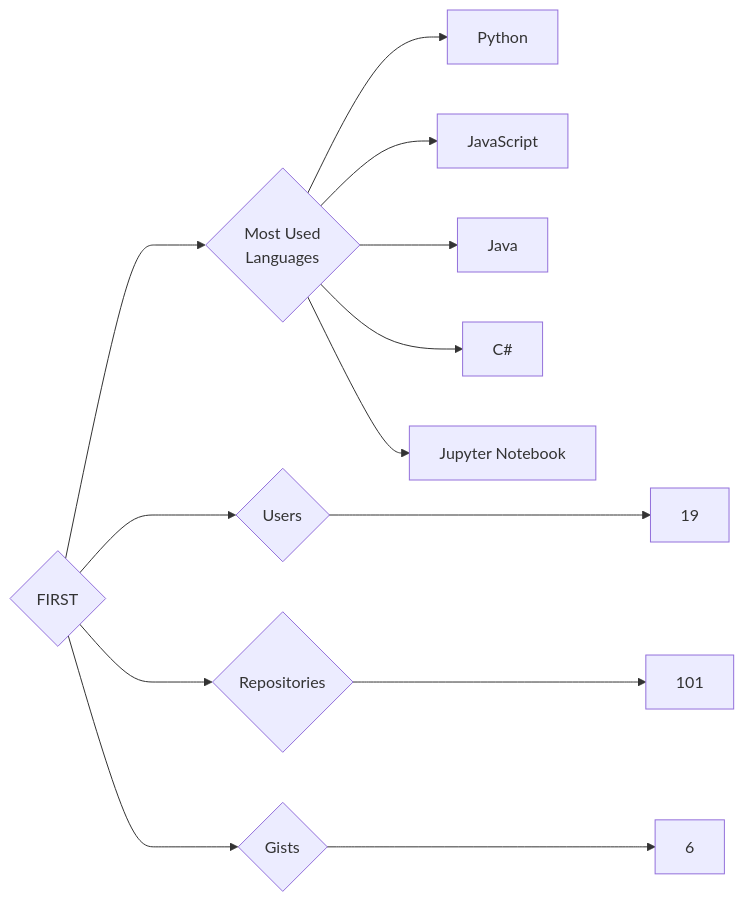
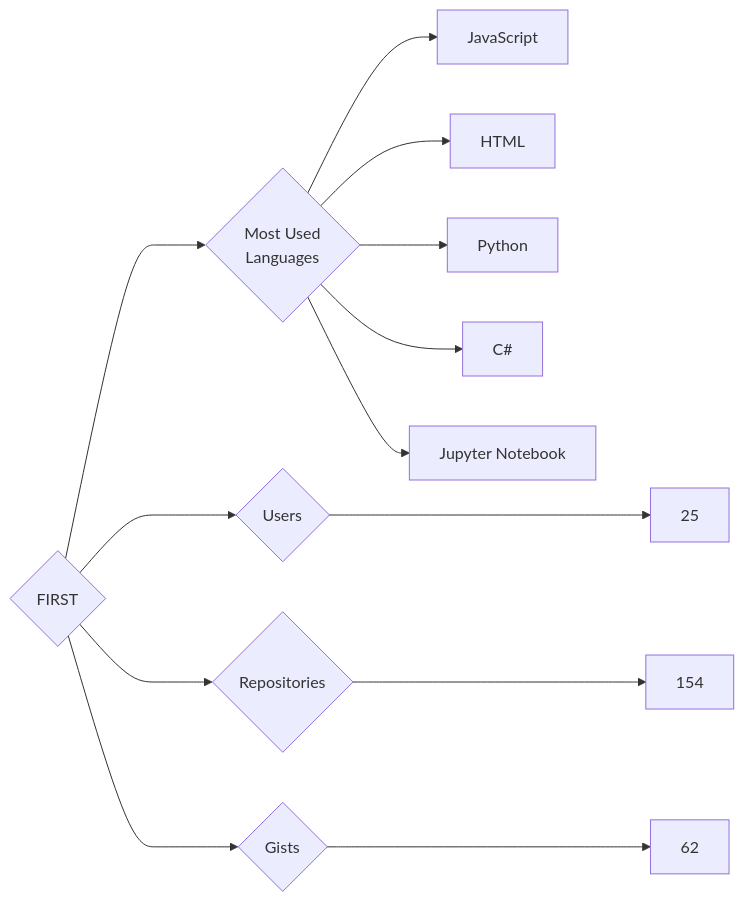
One commit to trickest/insiders changed the diagram in targets/FIRST/README.md. Above: the diagram before and after it, drawn with Mermaid. The commit also changed 930 other files, not shown here.

````diff
--- a/targets/FIRST/README.md
+++ b/targets/FIRST/README.md
@@ -3,13 +3,13 @@
 ```mermaid
 graph LR
 COMPANY_NAME{FIRST}
-COMPANY_NAME ---> U{Users} ---> UN[19]
-COMPANY_NAME ---> R{Repositories} ---> RN[101]
-COMPANY_NAME ---> G{Gists} ---> GN[6]
+COMPANY_NAME ---> U{Users} ---> UN[25]
+COMPANY_NAME ---> R{Repositories} ---> RN[154]
+COMPANY_NAME ---> G{Gists} ---> GN[62]
 COMPANY_NAME ---> ML{Most Used<br>Languages}
+ML --> JavaScript[JavaScript]
+ML --> HTML[HTML]
 ML --> Python[Python]
-ML --> JavaScript[JavaScript]
-ML --> Java[Java]
 ML --> C#[C#]
 ML --> Jupyter_Notebook[Jupyter Notebook]
 ```
````
